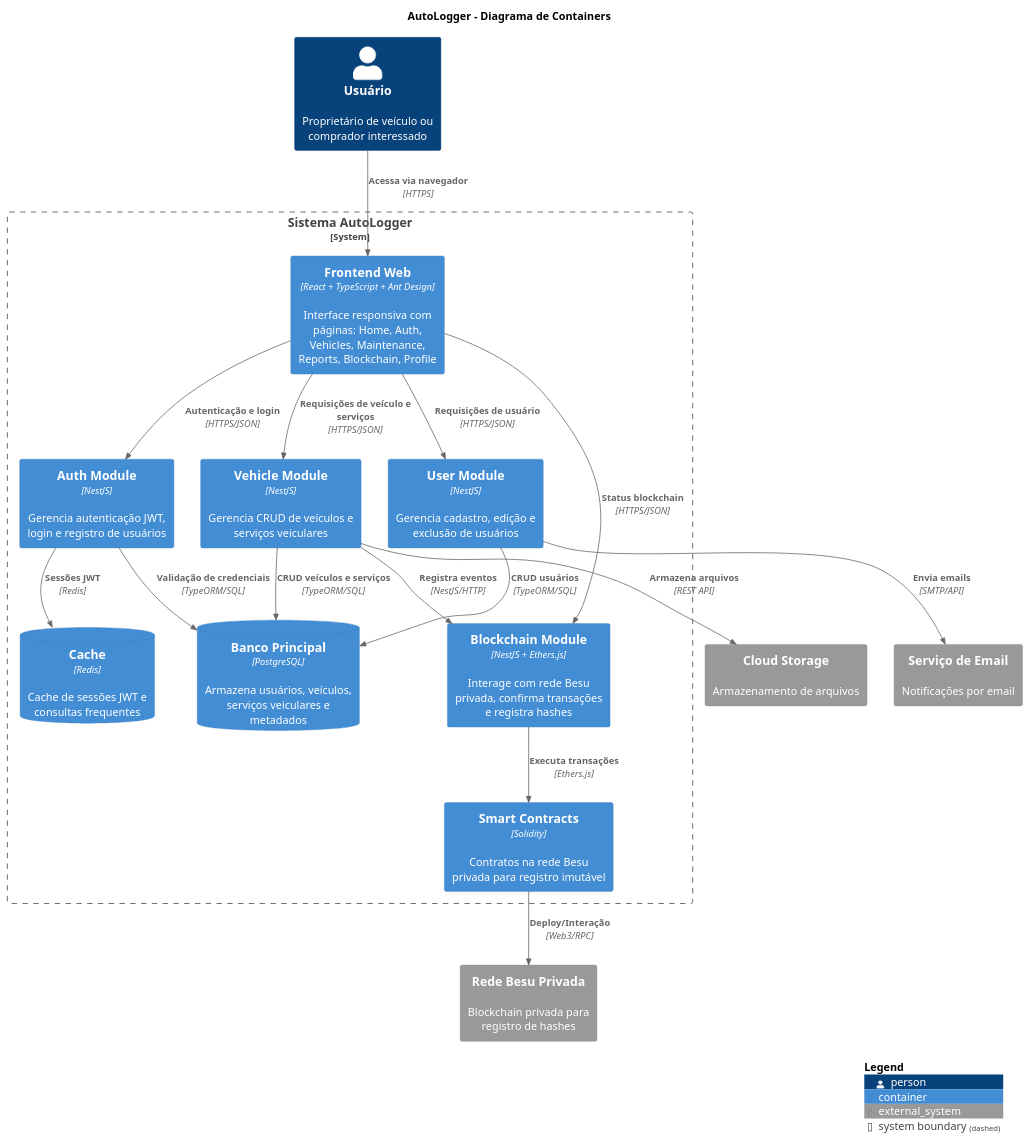
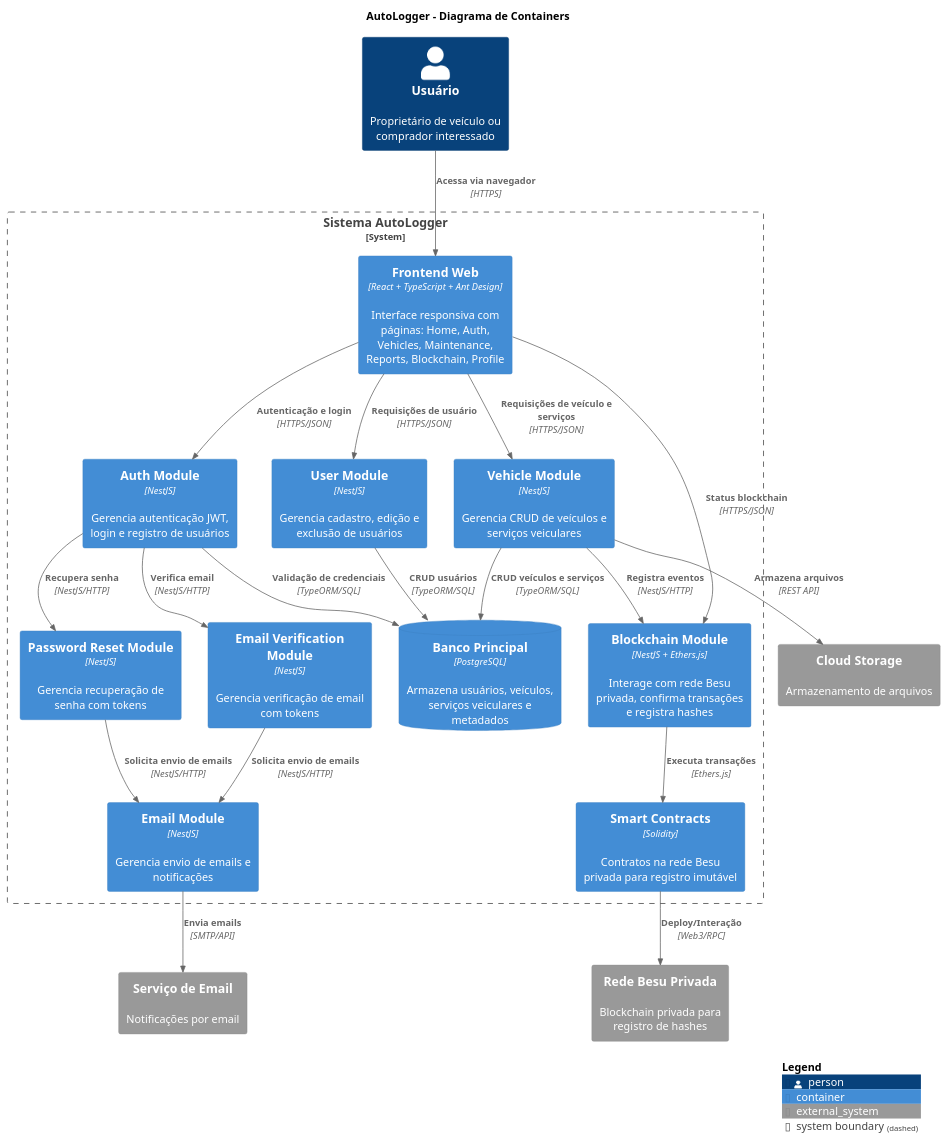
Before and after one commit to Pellegr1n1/autologger-services: the second of 4 diagrams in docs/c4_architecture/c4_architecture.puml, drawn with PlantUML. The commit also changed other lines of this file and 245 other files, not shown here.

```diff
--- a/docs/c4_architecture/c4_architecture.puml
+++ b/docs/c4_architecture/c4_architecture.puml
@@ -30,53 +30,59 @@
 @startuml c4_level2
 !includeurl https://raw.githubusercontent.com/plantuml-stdlib/C4-PlantUML/master/C4_Container.puml
 
 title AutoLogger - Diagrama de Containers
 
 LAYOUT_TOP_DOWN()
 
 Person(user, "Usuário", "Proprietário de veículo ou comprador interessado")
 
 System_Boundary(autologger_boundary, "Sistema AutoLogger") {
     Container(frontend, "Frontend Web", "React + TypeScript + Ant Design", "Interface responsiva com páginas: Home, Auth, Vehicles, Maintenance, Reports, Blockchain, Profile")
     
     Container(auth_module, "Auth Module", "NestJS", "Gerencia autenticação JWT, login e registro de usuários")
     
     Container(user_module, "User Module", "NestJS", "Gerencia cadastro, edição e exclusão de usuários")
     
+    Container(email_module, "Email Module", "NestJS", "Gerencia envio de emails e notificações")
+    
+    Container(email_verification_module, "Email Verification Module", "NestJS", "Gerencia verificação de email com tokens")
+    
+    Container(password_reset_module, "Password Reset Module", "NestJS", "Gerencia recuperação de senha com tokens")
+    
     Container(vehicle_module, "Vehicle Module", "NestJS", "Gerencia CRUD de veículos e serviços veiculares")
     
     Container(blockchain_module, "Blockchain Module", "NestJS + Ethers.js", "Interage com rede Besu privada, confirma transações e registra hashes")
     
     ContainerDb(main_db, "Banco Principal", "PostgreSQL", "Armazena usuários, veículos, serviços veiculares e metadados")
-    
-    ContainerDb(cache_db, "Cache", "Redis", "Cache de sessões JWT e consultas frequentes")
     
     Container(smart_contracts, "Smart Contracts", "Solidity", "Contratos na rede Besu privada para registro imutável")
 }
 
 System_Ext(besu_net, "Rede Besu Privada", "Blockchain privada para registro de hashes")
 System_Ext(email_ext, "Serviço de Email", "Notificações por email")
 System_Ext(storage_ext, "Cloud Storage", "Armazenamento de arquivos")
 
 Rel(user, frontend, "Acessa via navegador", "HTTPS")
 
 Rel(frontend, auth_module, "Autenticação e login", "HTTPS/JSON")
 Rel(frontend, user_module, "Requisições de usuário", "HTTPS/JSON")
 Rel(frontend, vehicle_module, "Requisições de veículo e serviços", "HTTPS/JSON")
 Rel(frontend, blockchain_module, "Status blockchain", "HTTPS/JSON")
 
 Rel(auth_module, main_db, "Validação de credenciais", "TypeORM/SQL")
+Rel(auth_module, email_verification_module, "Verifica email", "NestJS/HTTP")
+Rel(auth_module, password_reset_module, "Recupera senha", "NestJS/HTTP")
 Rel(user_module, main_db, "CRUD usuários", "TypeORM/SQL")
 Rel(vehicle_module, main_db, "CRUD veículos e serviços", "TypeORM/SQL")
-
-Rel(auth_module, cache_db, "Sessões JWT", "Redis")
 
 Rel(vehicle_module, blockchain_module, "Registra eventos", "NestJS/HTTP")
 Rel(blockchain_module, smart_contracts, "Executa transações", "Ethers.js")
 Rel(smart_contracts, besu_net, "Deploy/Interação", "Web3/RPC")
 
 Rel(vehicle_module, storage_ext, "Armazena arquivos", "REST API")
-Rel(user_module, email_ext, "Envia emails", "SMTP/API")
+Rel(email_verification_module, email_module, "Solicita envio de emails", "NestJS/HTTP")
+Rel(password_reset_module, email_module, "Solicita envio de emails", "NestJS/HTTP")
+Rel(email_module, email_ext, "Envia emails", "SMTP/API")
 
 SHOW_LEGEND()
 @enduml
```
